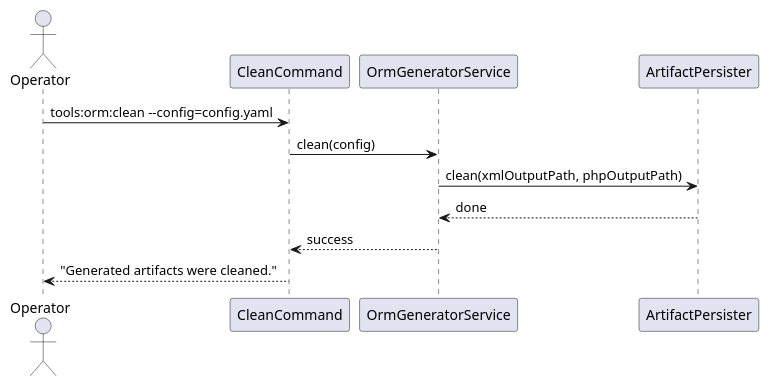
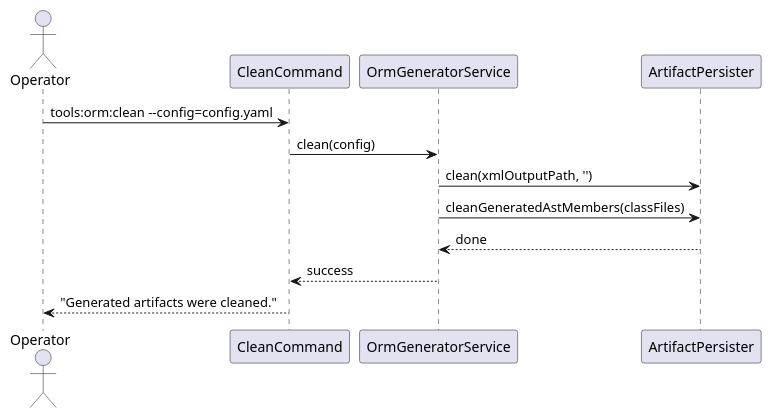
One commit to proger4/doctrinify changed the diagram in docs/sequence_clean.puml. Above: the diagram before and after it, drawn with PlantUML. The commit also changed 68 other files, not shown here.

```diff
--- a/docs/sequence_clean.puml
+++ b/docs/sequence_clean.puml
@@ -1,13 +1,14 @@
 @startuml
 actor Operator
 participant "CleanCommand" as Cmd
 participant "OrmGeneratorService" as Svc
 participant "ArtifactPersister" as Persist
 
 Operator -> Cmd: tools:orm:clean --config=config.yaml
 Cmd -> Svc: clean(config)
-Svc -> Persist: clean(xmlOutputPath, phpOutputPath)
+Svc -> Persist: clean(xmlOutputPath, '')
+Svc -> Persist: cleanGeneratedAstMembers(classFiles)
 Persist --> Svc: done
 Svc --> Cmd: success
 Cmd --> Operator: "Generated artifacts were cleaned."
 @enduml
```
